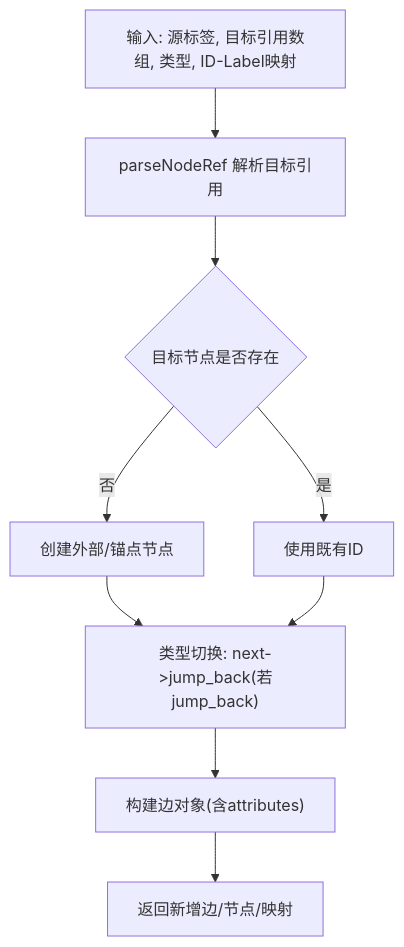
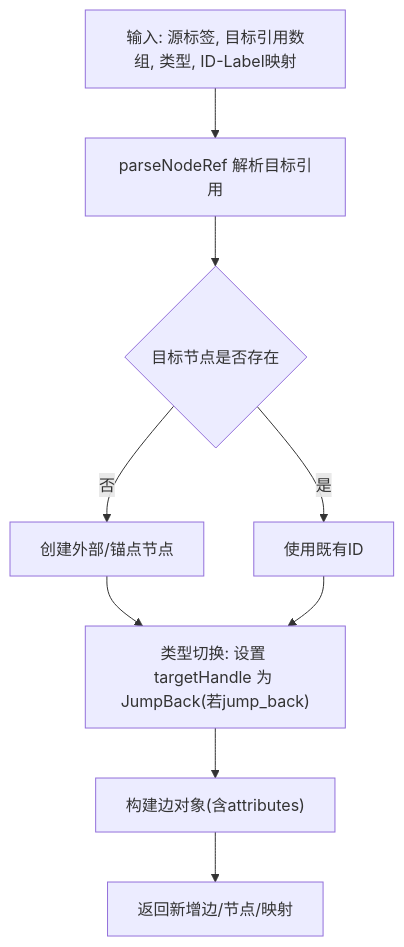
Before and after one commit to kqcoxn/MaaPipelineEditor: the seventh of 10 diagrams in .qoder/repowiki/zh/content/核心概念/连接.md, drawn with Mermaid. The commit also changed other lines of this file and 5 other files, not shown here.

````diff
--- a/.qoder/repowiki/zh/content/核心概念/连接.md
+++ b/.qoder/repowiki/zh/content/核心概念/连接.md
@@ -355,11 +324,11 @@
 ```mermaid
 flowchart TD
 A["输入: 源标签, 目标引用数组, 类型, ID-Label映射"] --> Parse["parseNodeRef 解析目标引用"]
 Parse --> Exists{"目标节点是否存在"}
 Exists --> |否| Create["创建外部/锚点节点"]
 Exists --> |是| Use["使用既有ID"]
-Create --> TypeSel["类型切换: next->jump_back(若jump_back)"]
+Create --> TypeSel["类型切换: 设置 targetHandle 为 JumpBack(若jump_back)"]
 Use --> TypeSel
 TypeSel --> Build["构建边对象(含attributes)"]
 Build --> Return["返回新增边/节点/映射"]
 ```
````
